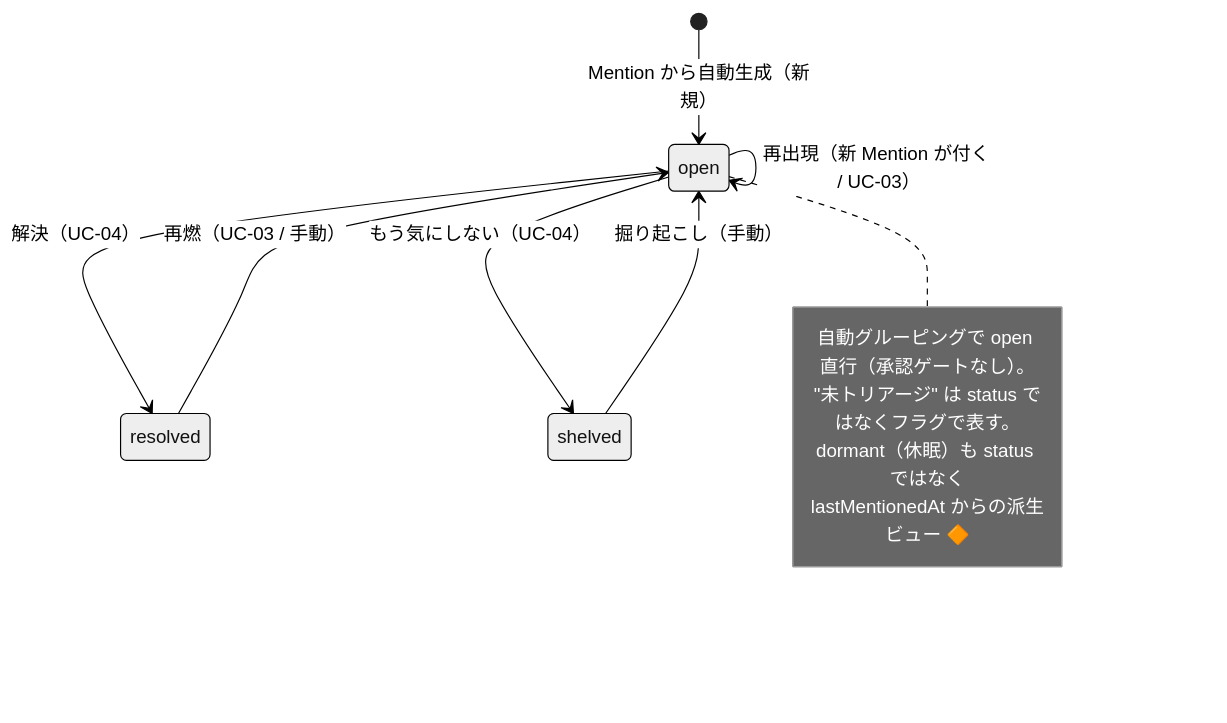
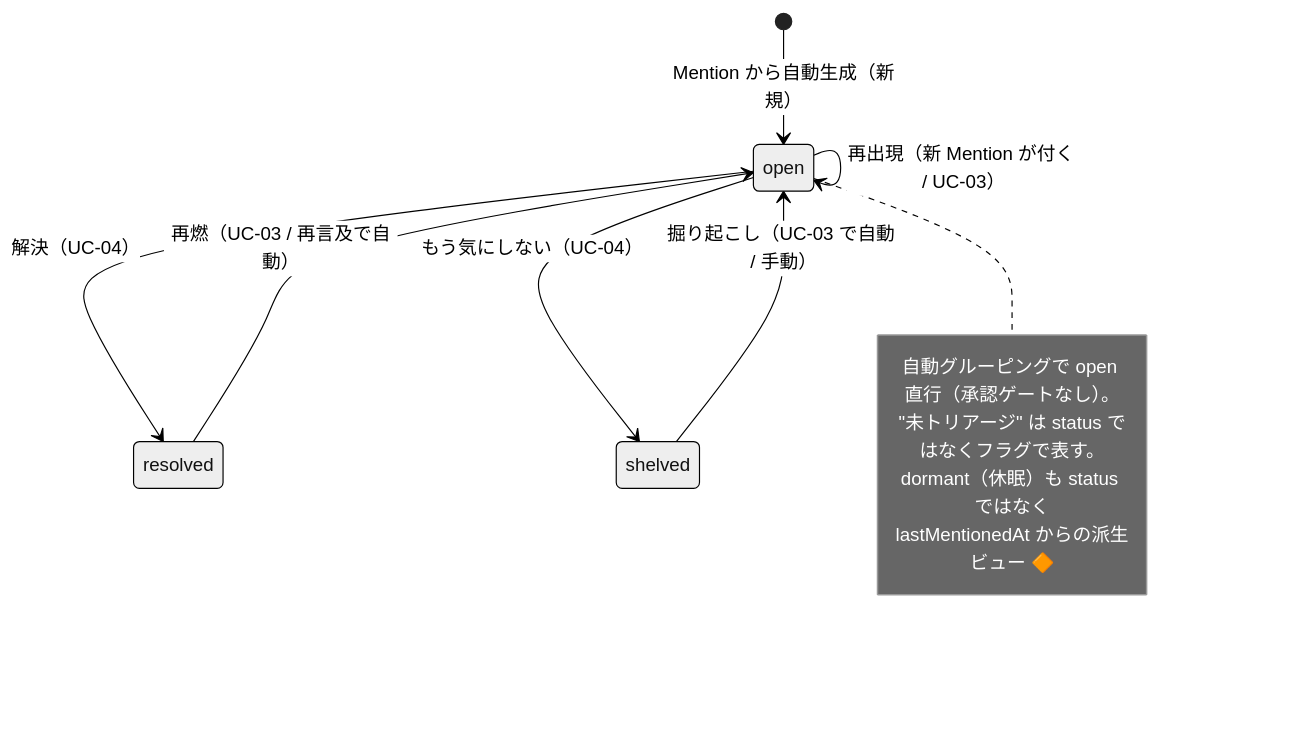
Before and after one commit to yomote/mind-inbox: the third of 3 diagrams in docs/design/domain_model.md, drawn with Mermaid (neutral theme). The commit also changed other lines of this file and 32 other files, not shown here.

````diff
--- a/docs/design/domain_model.md
+++ b/docs/design/domain_model.md
@@ -137,16 +137,16 @@
 ```mermaid
 stateDiagram-v2
   [*] --> open: Mention から自動生成（新規）
   open --> open: 再出現（新 Mention が付く / UC-03）
   open --> resolved: 解決（UC-04）
   open --> shelved: もう気にしない（UC-04）
-  resolved --> open: 再燃（UC-03 / 手動）
-  shelved --> open: 掘り起こし（手動）
+  resolved --> open: 再燃（UC-03 / 再言及で自動）
+  shelved --> open: 掘り起こし（UC-03 で自動 / 手動）
 
   note right of open
     自動グルーピングで open 直行（承認ゲートなし）。
     "未トリアージ" は status ではなくフラグで表す。
     dormant（休眠）も status ではなく
     lastMentionedAt からの派生ビュー 🔶
   end note
 ```
````
